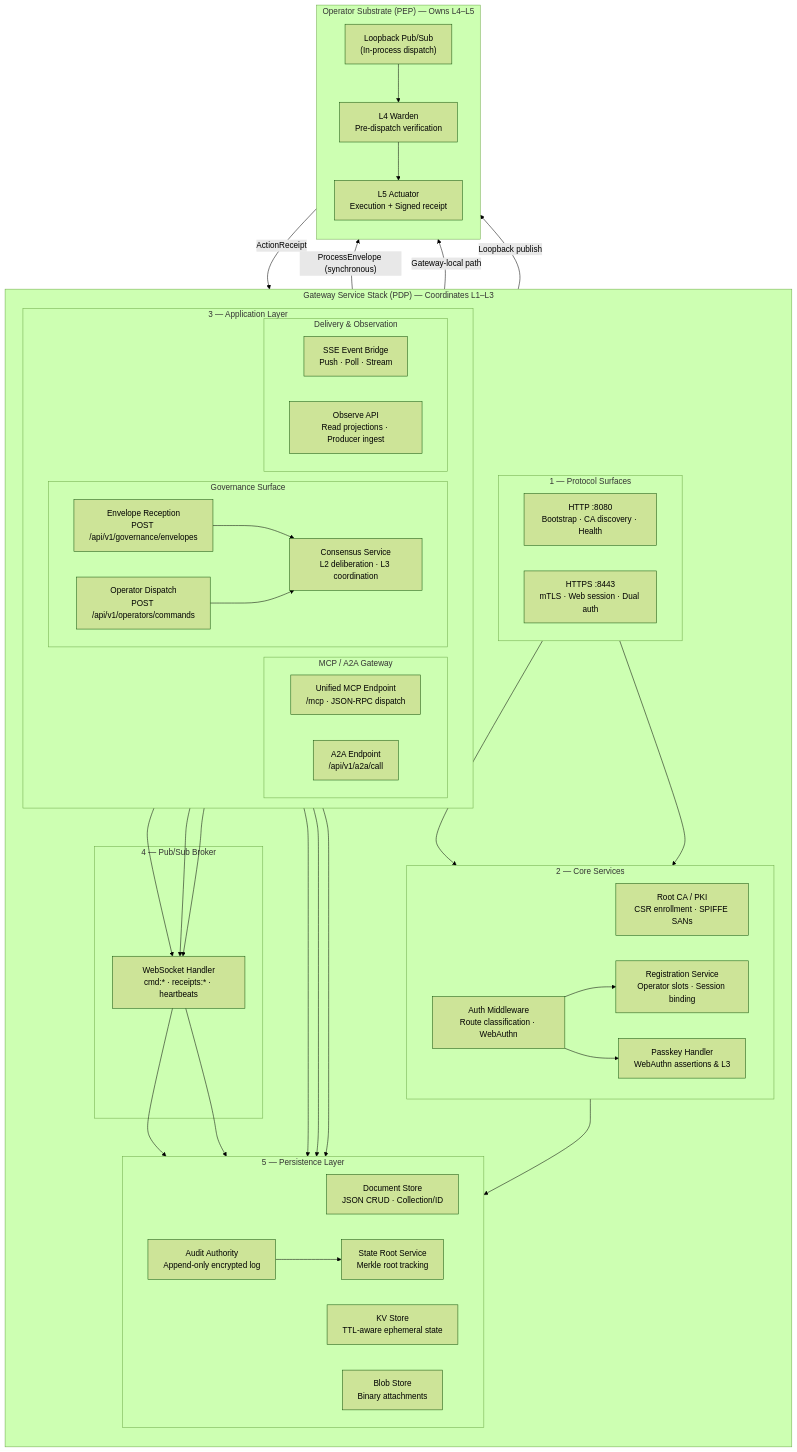
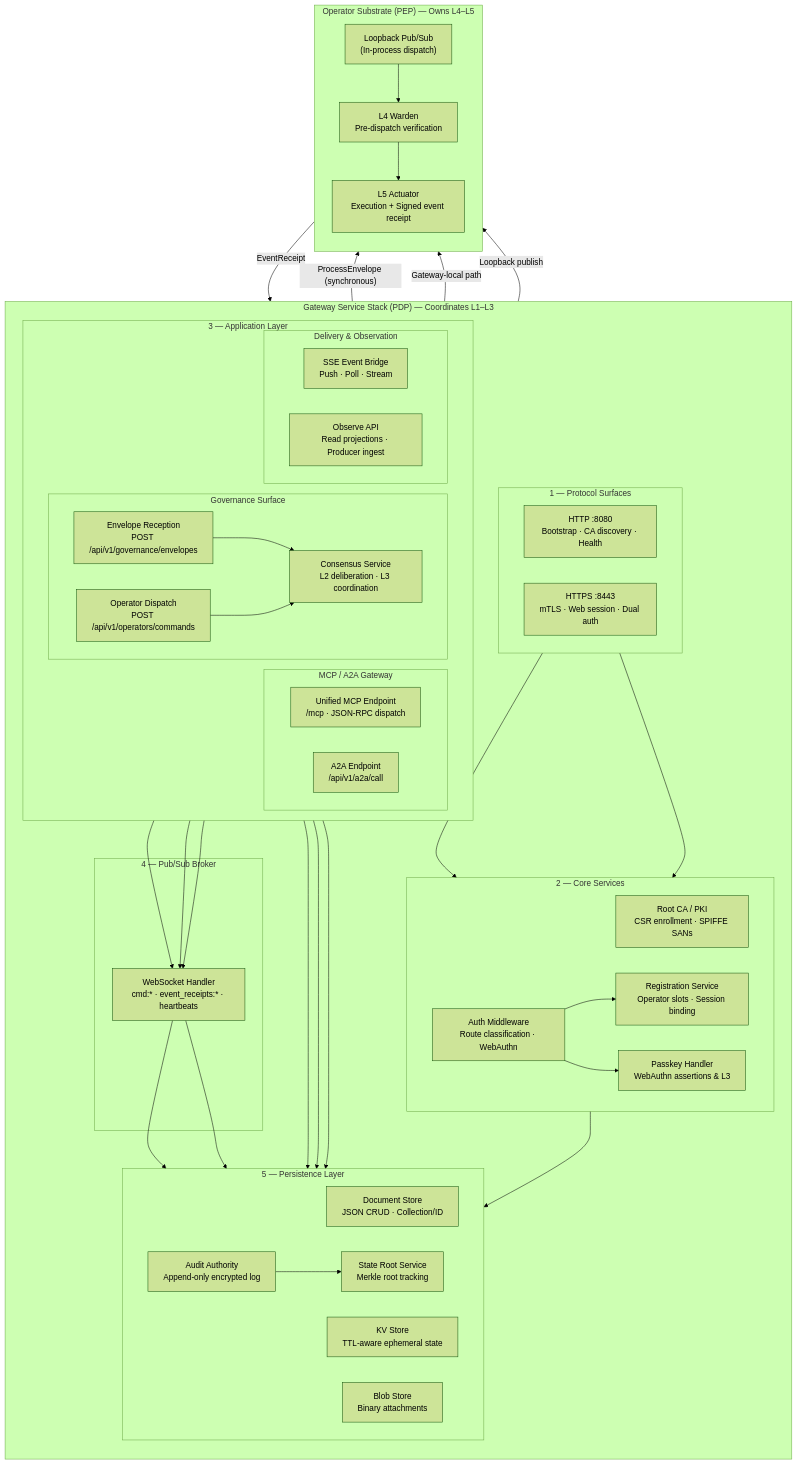
Before and after one commit to zerotrustdata/ztd: the diagram in docs/diagrams/graph-gateway-services.md, drawn with Mermaid (forest theme). The commit also changed other lines of this file and 572 other files, not shown here.

First line of the commit message:
rename receipts to event receipts with no compatibility

````diff
--- a/docs/diagrams/graph-gateway-services.md
+++ b/docs/diagrams/graph-gateway-services.md
@@ -60,7 +60,7 @@
         end
 
         subgraph Broker ["4 — Pub/Sub Broker"]
-            WSSHandler["WebSocket Handler<br/>cmd:* · receipts:* · heartbeats"]
+            WSSHandler["WebSocket Handler<br/>cmd:* · event_receipts:* · heartbeats"]
         end
 
         subgraph Data ["5 — Persistence Layer"]
@@ -97,12 +97,12 @@
         direction TB
         LoopbackBridge["Loopback Pub/Sub<br/>(In-process dispatch)"]
         Warden["L4 Warden<br/>Pre-dispatch verification"]
-        Actuator["L5 Actuator<br/>Execution + Signed receipt"]
+        Actuator["L5 Actuator<br/>Execution + Signed event receipt"]
         LoopbackBridge --> Warden --> Actuator
     end
 
     EnvelopeRx -- "ProcessEnvelope (synchronous)" --> LoopbackBridge
     MCPEndpoint -- "Gateway-local path" --> LoopbackBridge
     WSSHandler -- "Loopback publish" --> LoopbackBridge
-    Actuator -- "ActionReceipt" --> AuditDB
+    Actuator -- "EventReceipt" --> AuditDB
 ```
````
